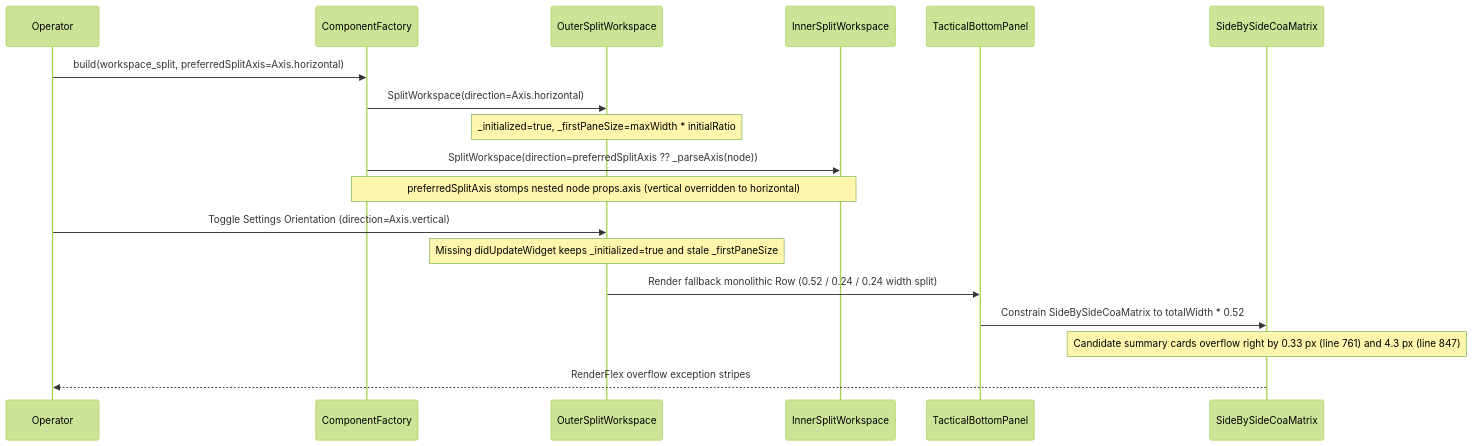
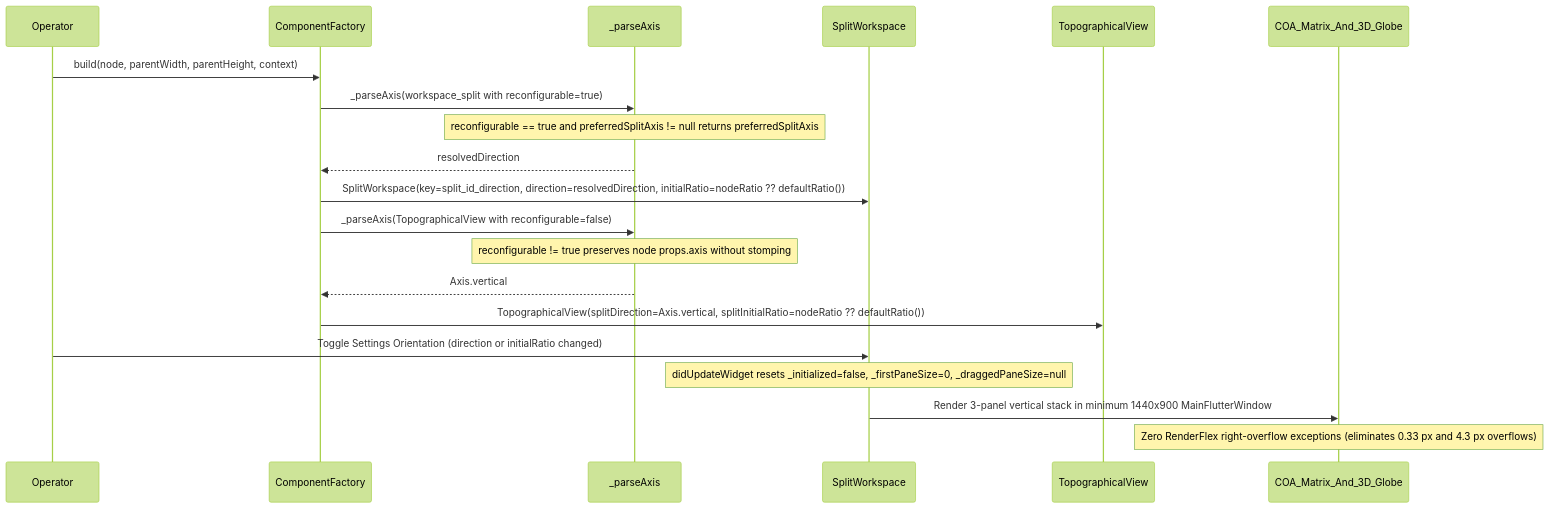
One commit to gintatkinson/DEAP-profile-flutter-app changed the diagram in .pipeline/defects/upstream_lui_split_workspace_and_layout_defects.md. Above: the diagram before and after it, drawn with Mermaid (forest theme). The commit also changed other lines of this file and 175 other files, not shown here.

````diff
--- a/.pipeline/defects/upstream_lui_split_workspace_and_layout_defects.md
+++ b/.pipeline/defects/upstream_lui_split_workspace_and_layout_defects.md
@@ -52,21 +47,23 @@
 ```mermaid
 sequenceDiagram
     participant Op as Operator
     participant CF as ComponentFactory
-    participant Outer as OuterSplitWorkspace
-    participant Inner as InnerSplitWorkspace
-    participant TBP as TacticalBottomPanel
-    participant COA as SideBySideCoaMatrix
+    participant PA as _parseAxis
+    participant SW as SplitWorkspace
+    participant TV as TopographicalView
+    participant COA as COA_Matrix_And_3D_Globe
 
-    Op->>CF: build(workspace_split, preferredSplitAxis=Axis.horizontal)
-    CF->>Outer: SplitWorkspace(direction=Axis.horizontal)
-    Note over Outer: _initialized=true, _firstPaneSize=maxWidth * initialRatio
-    CF->>Inner: SplitWorkspace(direction=preferredSplitAxis ?? _parseAxis(node))
-    Note over CF,Inner: preferredSplitAxis stomps nested node props.axis (vertical overridden to horizontal)
-    Op->>Outer: Toggle Settings Orientation (direction=Axis.vertical)
-    Note over Outer: Missing didUpdateWidget keeps _initialized=true and stale _firstPaneSize
-    Outer->>TBP: Render fallback monolithic Row (0.52 / 0.24 / 0.24 width split)
-    TBP->>COA: Constrain SideBySideCoaMatrix to totalWidth * 0.52
-    Note over COA: Candidate summary cards overflow right by 0.33 px (line 761) and 4.3 px (line 847)
-    COA-->>Op: RenderFlex overflow exception stripes
+    Op->>CF: build(node, parentWidth, parentHeight, context)
+    CF->>PA: _parseAxis(workspace_split with reconfigurable=true)
+    Note over PA: reconfigurable == true and preferredSplitAxis != null returns preferredSplitAxis
+    PA-->>CF: resolvedDirection
+    CF->>SW: SplitWorkspace(key=split_id_direction, direction=resolvedDirection, initialRatio=nodeRatio ?? defaultRatio())
+    CF->>PA: _parseAxis(TopographicalView with reconfigurable=false)
+    Note over PA: reconfigurable != true preserves node props.axis without stomping
+    PA-->>CF: Axis.vertical
+    CF->>TV: TopographicalView(splitDirection=Axis.vertical, splitInitialRatio=nodeRatio ?? defaultRatio())
+    Op->>SW: Toggle Settings Orientation (direction or initialRatio changed)
+    Note over SW: didUpdateWidget resets _initialized=false, _firstPaneSize=0, _draggedPaneSize=null
+    SW->>COA: Render 3-panel vertical stack in minimum 1440x900 MainFlutterWindow
+    Note over COA: Zero RenderFlex right-overflow exceptions (eliminates 0.33 px and 4.3 px overflows)
 ```
````
